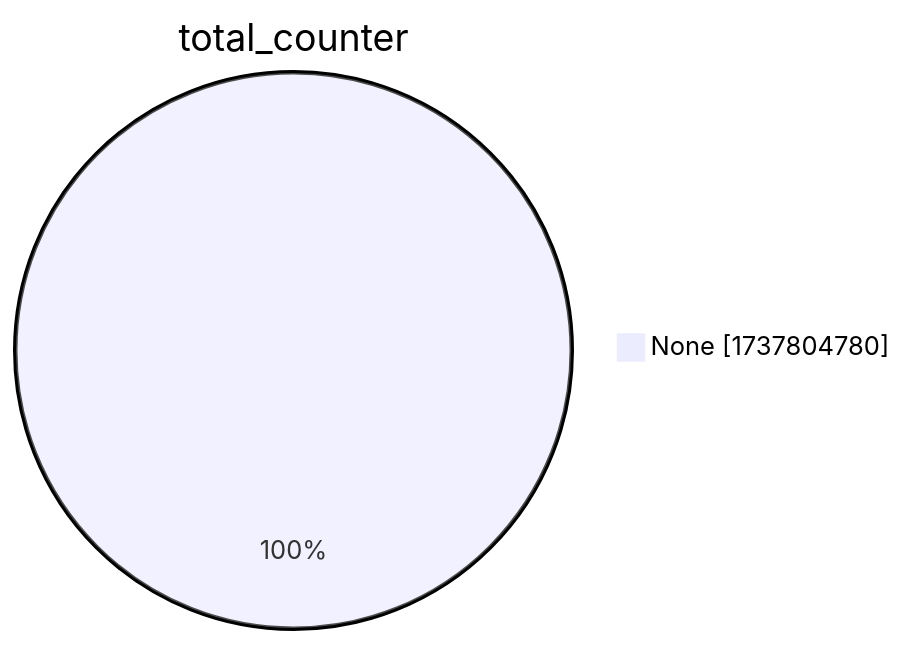
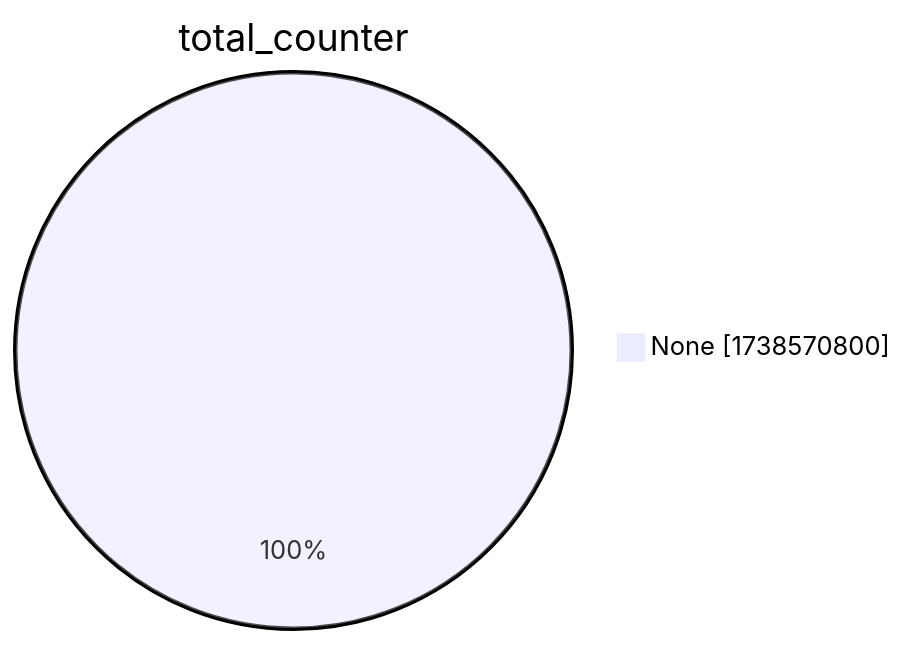
One commit to christiankrug/ctmonitor_visualization changed the second of 15 diagrams in xenon2022/README.md. Above: the diagram before and after it, drawn with Mermaid. The commit also changed other lines of this file, not shown here.

````diff
--- a/xenon2022/README.md
+++ b/xenon2022/README.md
@@ -9,5 +9,5 @@
 ```mermaid
 pie showData
 title total_counter
-"None" :1737804780
+"None" :1738570800
 ```
````
